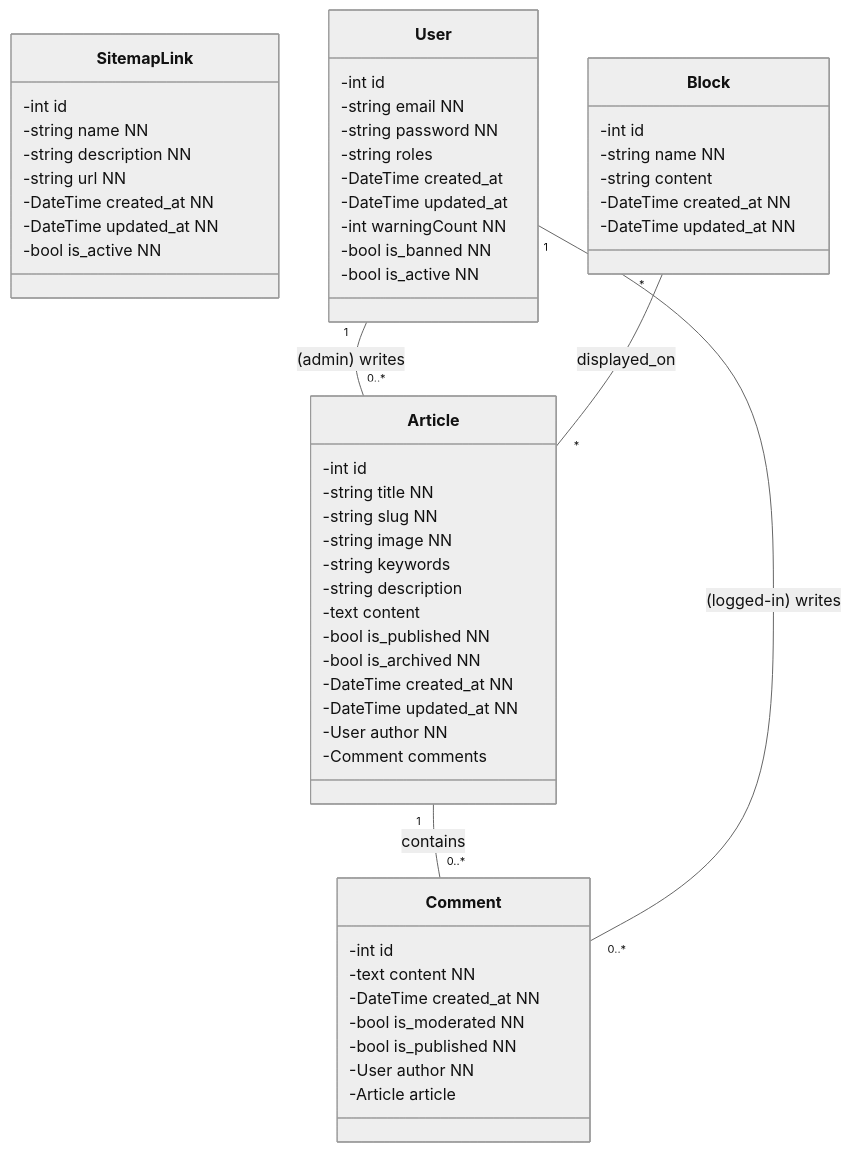
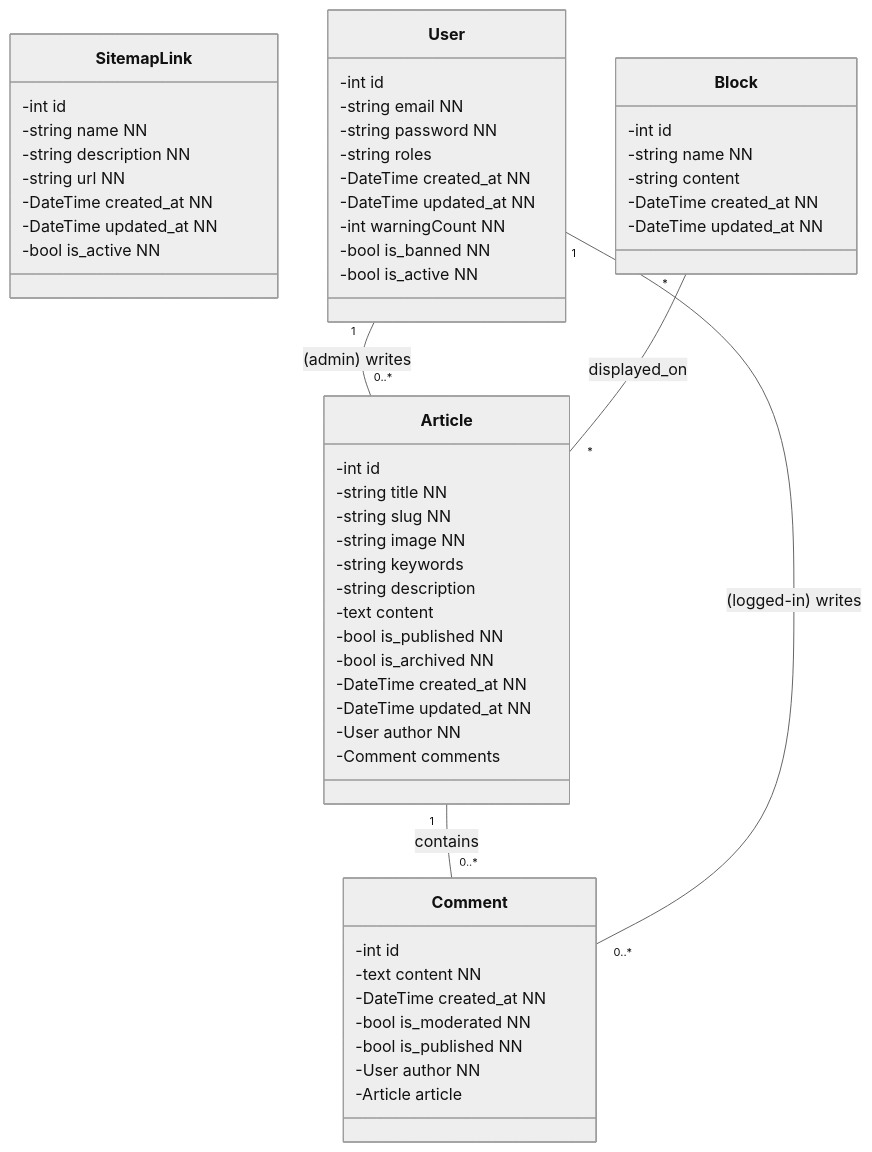
One commit to Jensone/road-to-sf changed the first of 10 diagrams in README.md. Above: the diagram before and after it, drawn with Mermaid (neutral theme).

````diff
--- a/README.md
+++ b/README.md
@@ -25,63 +25,63 @@
 ```mermaid
 classDiagram
   class Article {
     -int id
     -string title NN
     -string slug NN
     -string image NN
     -string keywords 
     -string description
     -text content
     -bool is_published NN
     -bool is_archived NN
     -DateTime created_at NN
     -DateTime updated_at NN
     -User author NN
     -Comment comments
   }
 
   class SitemapLink {
     -int id
     -string name NN
     -string description NN
     -string url NN
     -DateTime created_at NN
     -DateTime updated_at NN
     -bool is_active NN
   }
 
   class Comment {
     -int id
     -text content NN
     -DateTime created_at NN
     -bool is_moderated NN
     -bool is_published NN
     -User author NN
     -Article article
   }
 
   class User {
     -int id
     -string email NN
     -string password NN
     -string roles
-    -DateTime created_at
-    -DateTime updated_at
+    -DateTime created_at NN
+    -DateTime updated_at NN
     -int warningCount NN
     -bool is_banned NN
     -bool is_active NN
   }
 
   class Block {
     -int id
     -string name NN
     -string content 
     -DateTime created_at NN
     -DateTime updated_at NN
   }
 
   Article "1" -- "0..*" Comment : contains
   User "1" -- "0..*" Article : (admin) writes
   User "1" -- "0..*" Comment : (logged-in) writes
   Block "*" -- "*" Article : displayed_on
 ```
````
